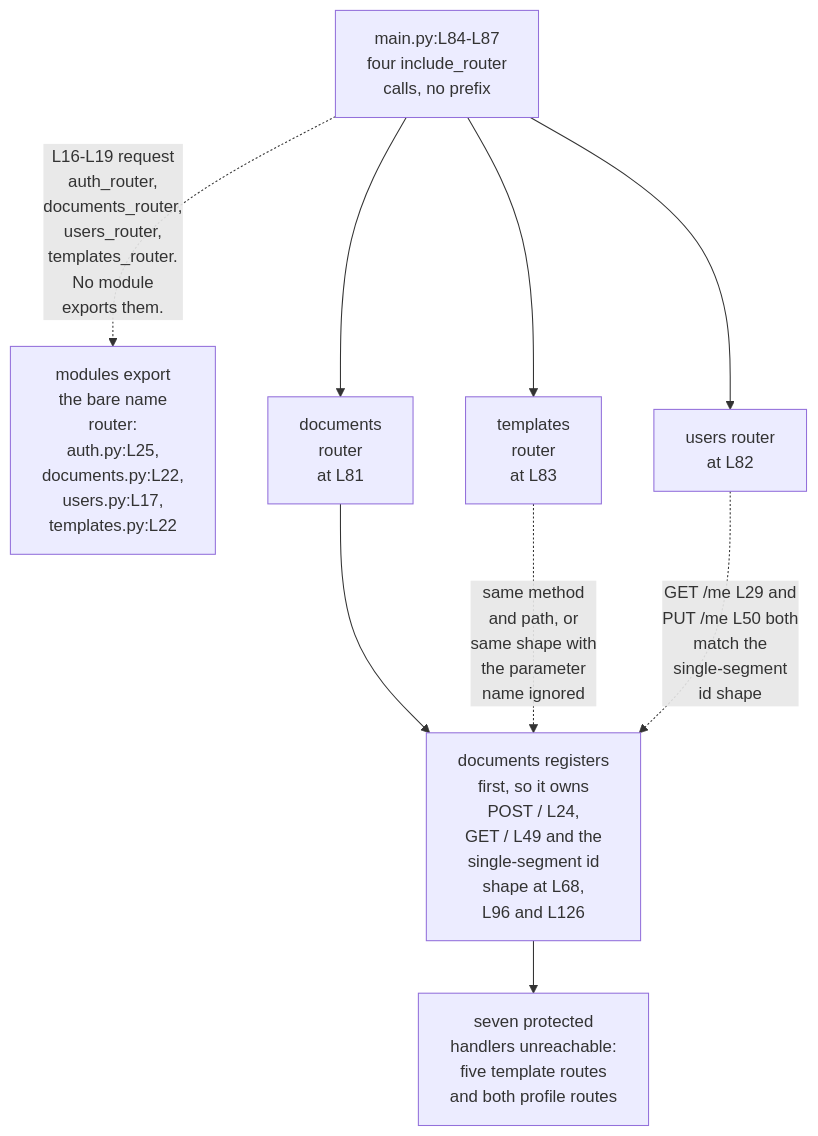
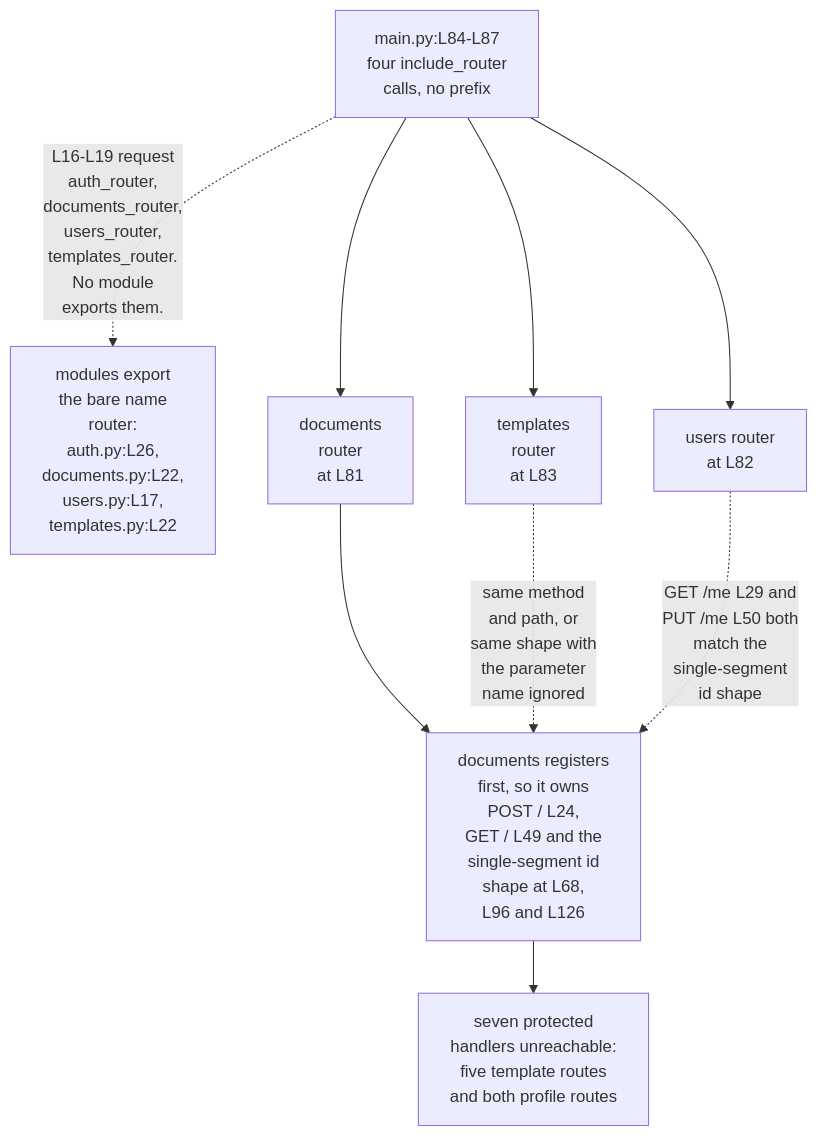
The second of 2 diagrams in backend/app/api/README.md (blitzy-public-samples/microsoft-word-u33ko0), drawn with Mermaid before and after one commit. The commit also changed other lines of this file and 47 other files, not shown here.

````diff
--- a/backend/app/api/README.md
+++ b/backend/app/api/README.md
@@ -189,19 +189,19 @@
 ```mermaid
 graph TD
     accTitle: Why the documents router owns every colliding path
     accDescr: main.py mounts all four routers with no prefix, so identical paths collide. The documents router registers first and owns the shared shapes, leaving seven protected handlers unreachable.
     MAIN["main.py:L84-L87<br/>four include_router<br/>calls, no prefix"]
-    NAMES["modules export<br/>the bare name<br/>router:<br/>auth.py:L25,<br/>documents.py:L22,<br/>users.py:L17,<br/>templates.py:L22"]
+    NAMES["modules export<br/>the bare name<br/>router:<br/>auth.py:L26,<br/>documents.py:L22,<br/>users.py:L17,<br/>templates.py:L22"]
 
     MAIN -.->|"L16-L19 request<br/>auth_router,<br/>documents_router,<br/>users_router,<br/>templates_router.<br/>No module<br/>exports them."| NAMES
 
     MAIN --> D["documents<br/>router<br/>at L81"]
     MAIN --> U["users router<br/>at L82"]
     MAIN --> T["templates<br/>router<br/>at L83"]
 
     D --> WIN["documents registers<br/>first, so it owns<br/>POST / L24,<br/>GET / L49 and the<br/>single-segment id<br/>shape at L68,<br/>L96 and L126"]
     T -.->|"same method<br/>and path, or<br/>same shape with<br/>the parameter<br/>name ignored"| WIN
     U -.->|"GET /me L29 and<br/>PUT /me L50 both<br/>match the<br/>single-segment<br/>id shape"| WIN
 
     WIN --> OUT["seven protected<br/>handlers unreachable:<br/>five template routes<br/>and both profile routes"]
 ```
````
